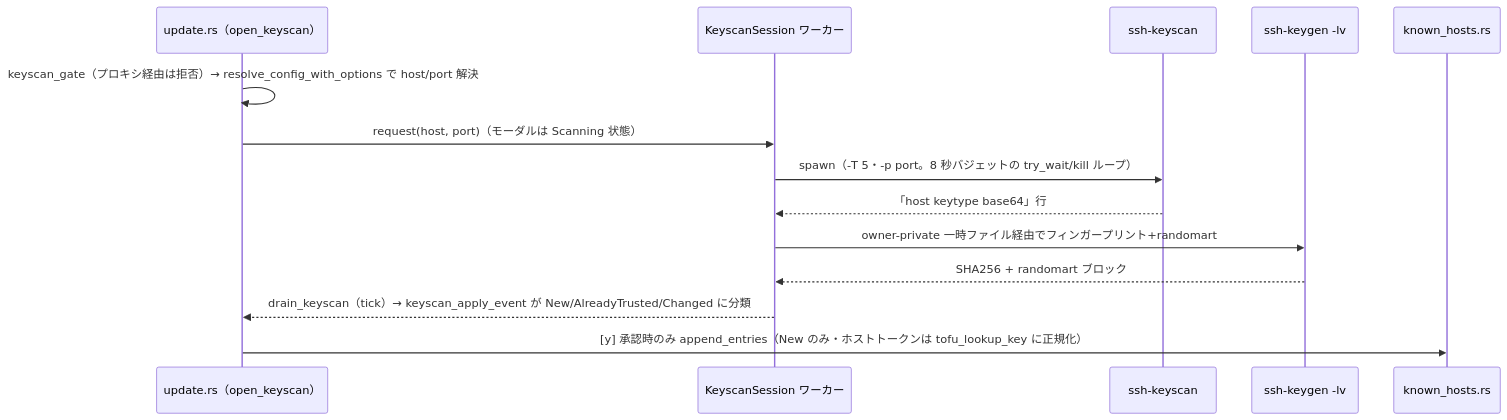
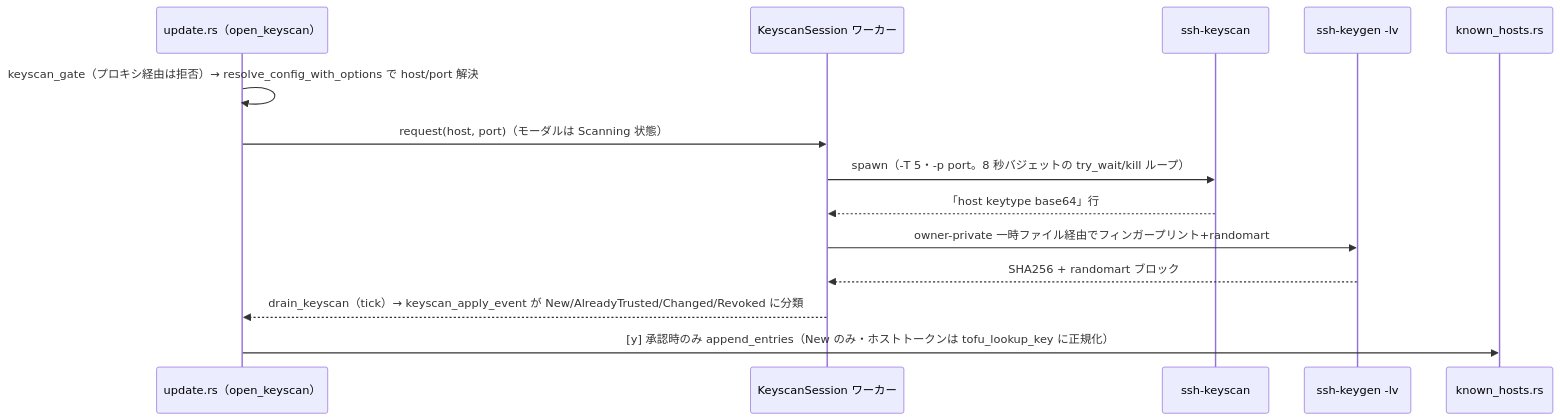
Before and after one commit to nakaba-lab/ssh-manager-tui: the diagram in docs/design/os.md, drawn with Mermaid. The commit also changed 3 other files, not shown here.

````diff
--- a/docs/design/os.md
+++ b/docs/design/os.md
@@ -38,16 +38,16 @@
 ```mermaid
 sequenceDiagram
     participant UI as update.rs（open_keyscan）
     participant W as KeyscanSession ワーカー
     participant KS as ssh-keyscan
     participant KG as ssh-keygen -lv
     participant KH as known_hosts.rs
     UI->>UI: keyscan_gate（プロキシ経由は拒否）→ resolve_config_with_options で host/port 解決
     UI->>W: request(host, port)（モーダルは Scanning 状態）
     W->>KS: spawn（-T 5・-p port。8 秒バジェットの try_wait/kill ループ）
     KS-->>W: 「host keytype base64」行
     W->>KG: owner-private 一時ファイル経由でフィンガープリント+randomart
     KG-->>W: SHA256 + randomart ブロック
-    W-->>UI: drain_keyscan（tick）→ keyscan_apply_event が New/AlreadyTrusted/Changed に分類
+    W-->>UI: drain_keyscan（tick）→ keyscan_apply_event が New/AlreadyTrusted/Changed/Revoked に分類
     UI->>KH: [y] 承認時のみ append_entries（New のみ・ホストトークンは tofu_lookup_key に正規化）
 ```
````
